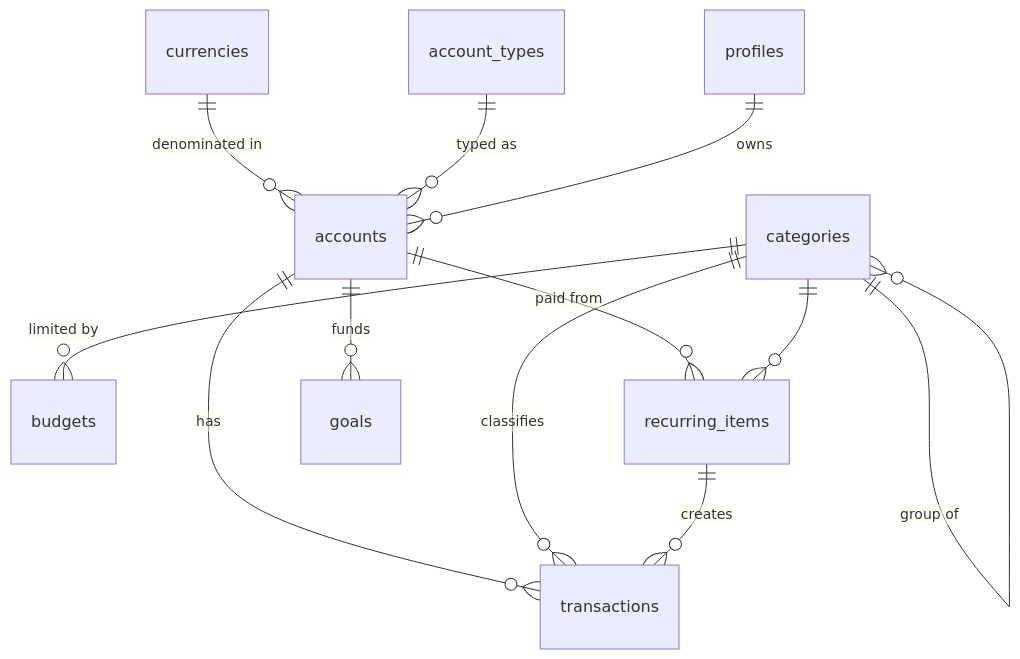
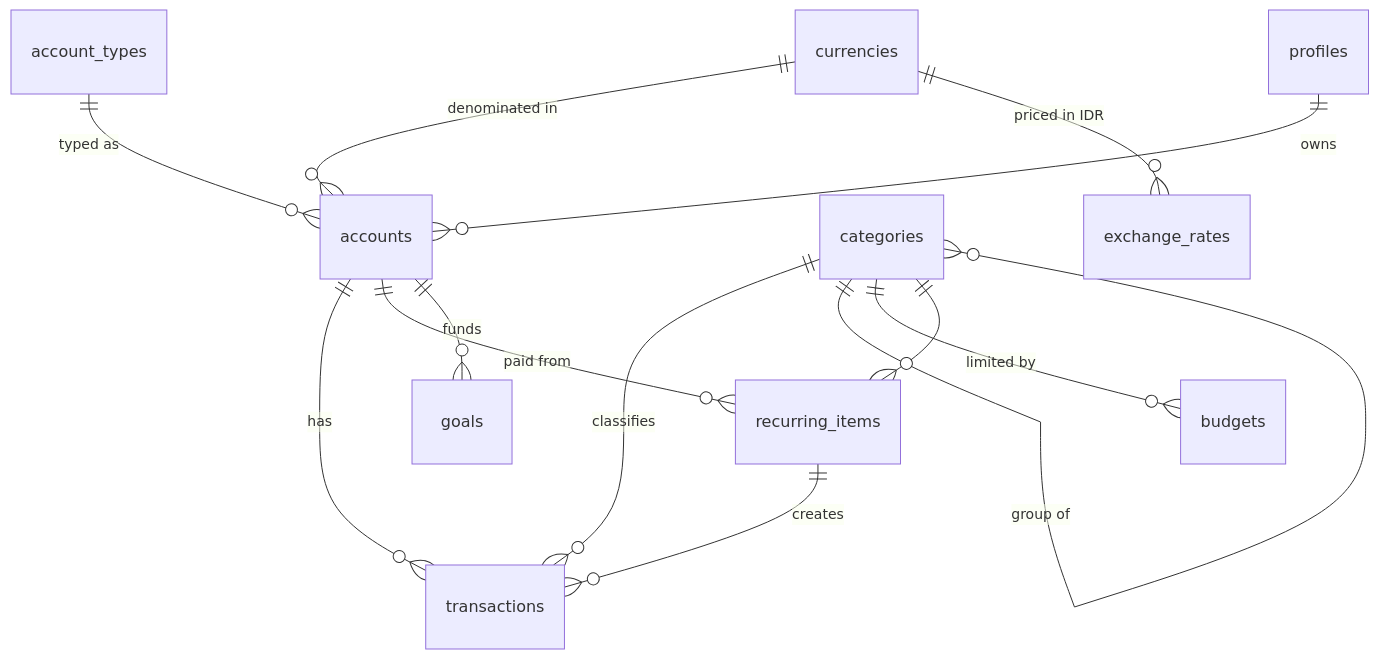
Before and after one commit to mustafa-fathur/tora: the diagram in docs/DATA-MODEL.md, drawn with Mermaid. The commit also changed other lines of this file and 10 other files, not shown here.

````diff
--- a/docs/DATA-MODEL.md
+++ b/docs/DATA-MODEL.md
@@ -5,14 +5,15 @@
 ```mermaid
 erDiagram
     currencies ||--o{ accounts : "denominated in"
     account_types ||--o{ accounts : "typed as"
     profiles ||--o{ accounts : owns
     accounts ||--o{ transactions : "has"
     categories ||--o{ transactions : "classifies"
     categories ||--o{ categories : "group of"
     categories ||--o{ budgets : "limited by"
     accounts ||--o{ recurring_items : "paid from"
     categories ||--o{ recurring_items : ""
     recurring_items ||--o{ transactions : "creates"
     accounts ||--o{ goals : "funds"
+    currencies ||--o{ exchange_rates : "priced in IDR"
 ```
````
